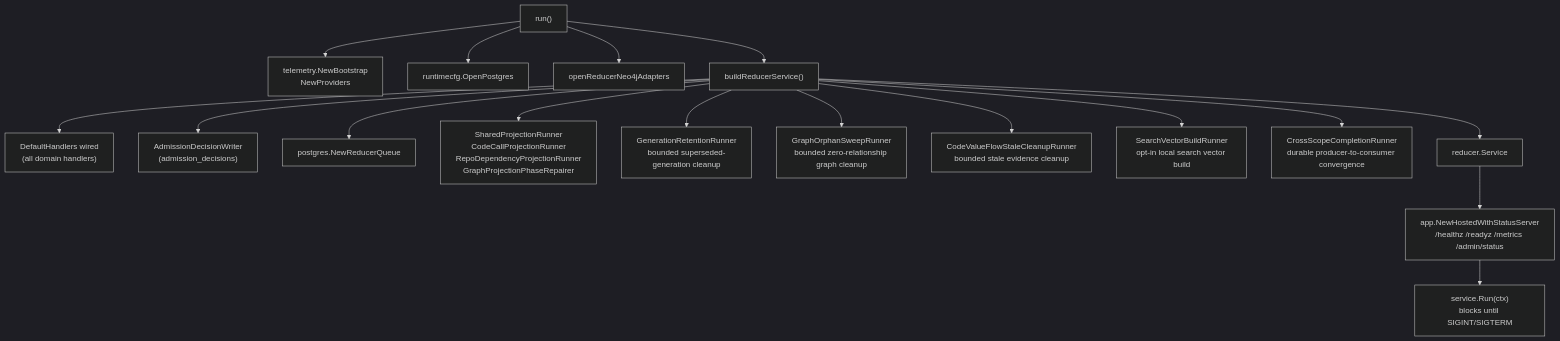
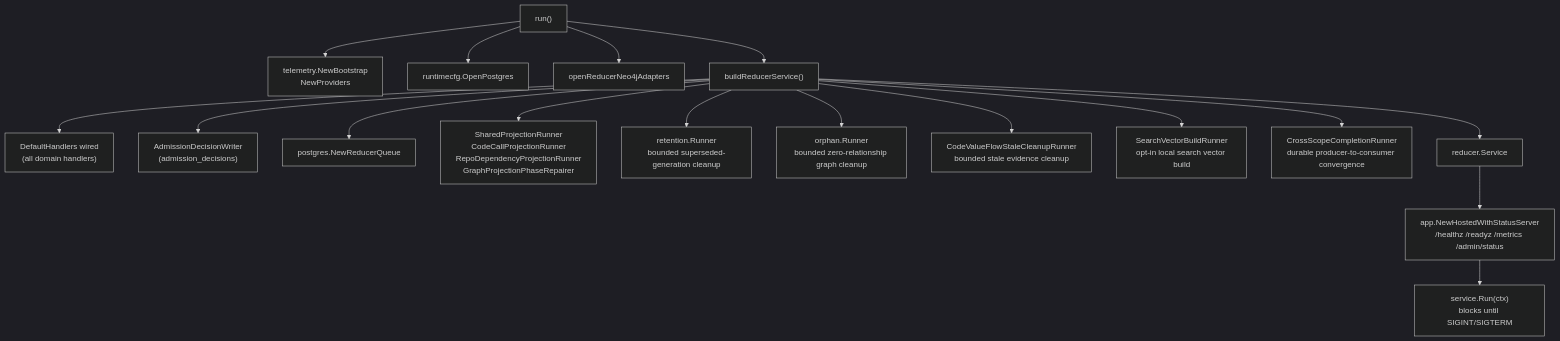
The second of 2 diagrams in go/cmd/reducer/README.md (eshu-hq/eshu), drawn with Mermaid (dark theme) before and after one commit. The commit also changed other lines of this file and 5 other files, not shown here.

````diff
--- a/go/cmd/reducer/README.md
+++ b/go/cmd/reducer/README.md
@@ -25,19 +25,19 @@
 ```mermaid
 flowchart TB
   run["run()"] --> Telemetry["telemetry.NewBootstrap\nNewProviders"]
   run --> DB["runtimecfg.OpenPostgres"]
   run --> Graph["openReducerNeo4jAdapters"]
   run --> Build["buildReducerService()"]
   Build --> Handlers["DefaultHandlers wired\n(all domain handlers)"]
   Build --> AdmissionDecisions["AdmissionDecisionWriter\n(admission_decisions)"]
   Build --> Queue["postgres.NewReducerQueue"]
   Build --> Runners["SharedProjectionRunner\nCodeCallProjectionRunner\nRepoDependencyProjectionRunner\nGraphProjectionPhaseRepairer"]
-  Build --> Retention["GenerationRetentionRunner\nbounded superseded-generation cleanup"]
-  Build --> OrphanSweep["GraphOrphanSweepRunner\nbounded zero-relationship graph cleanup"]
+  Build --> Retention["retention.Runner\nbounded superseded-generation cleanup"]
+  Build --> OrphanSweep["orphan.Runner\nbounded zero-relationship graph cleanup"]
   Build --> ValueFlowCleanup["CodeValueFlowStaleCleanupRunner\nbounded stale evidence cleanup"]
   Build --> SearchVectorBuild["SearchVectorBuildRunner\nopt-in local search vector build"]
   Build --> CompletionFanout["CrossScopeCompletionRunner\ndurable producer-to-consumer convergence"]
   Build --> SvcObj["reducer.Service"]
   SvcObj --> AdminSurface["app.NewHostedWithStatusServer\n/healthz /readyz /metrics /admin/status"]
   AdminSurface --> RunLoop["service.Run(ctx)\nblocks until SIGINT/SIGTERM"]
 ```
````
